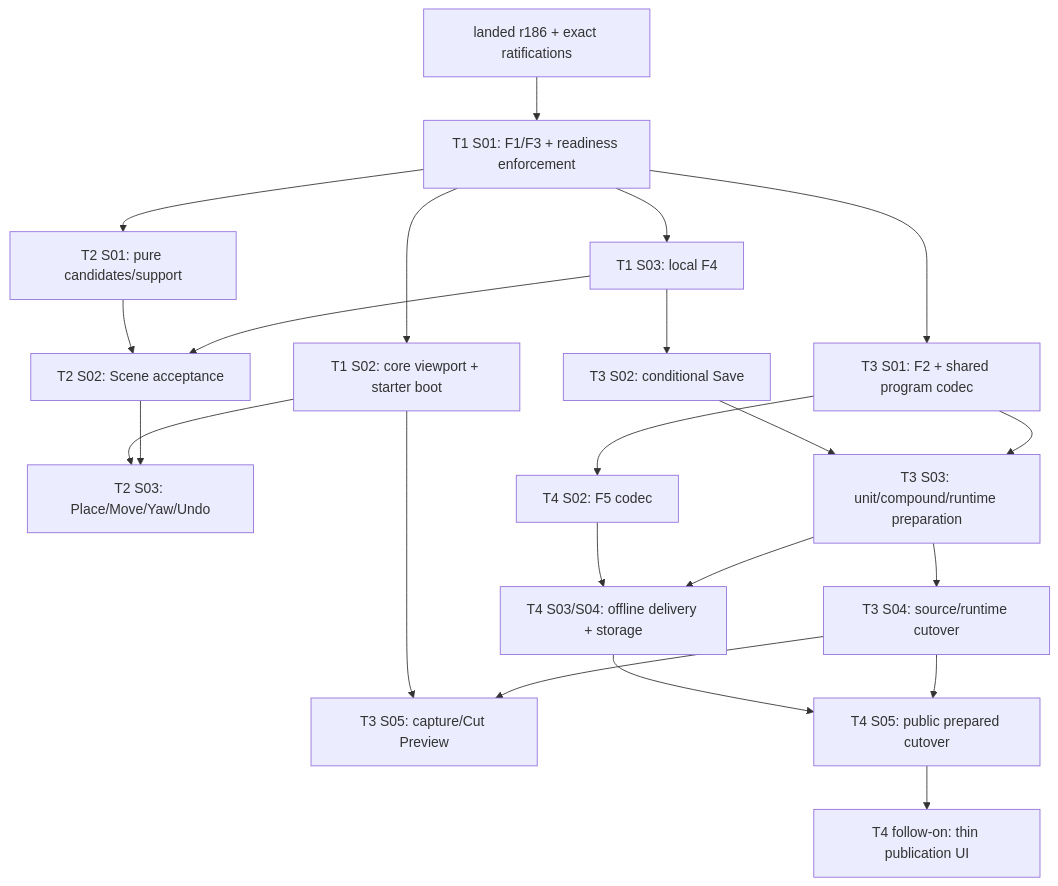
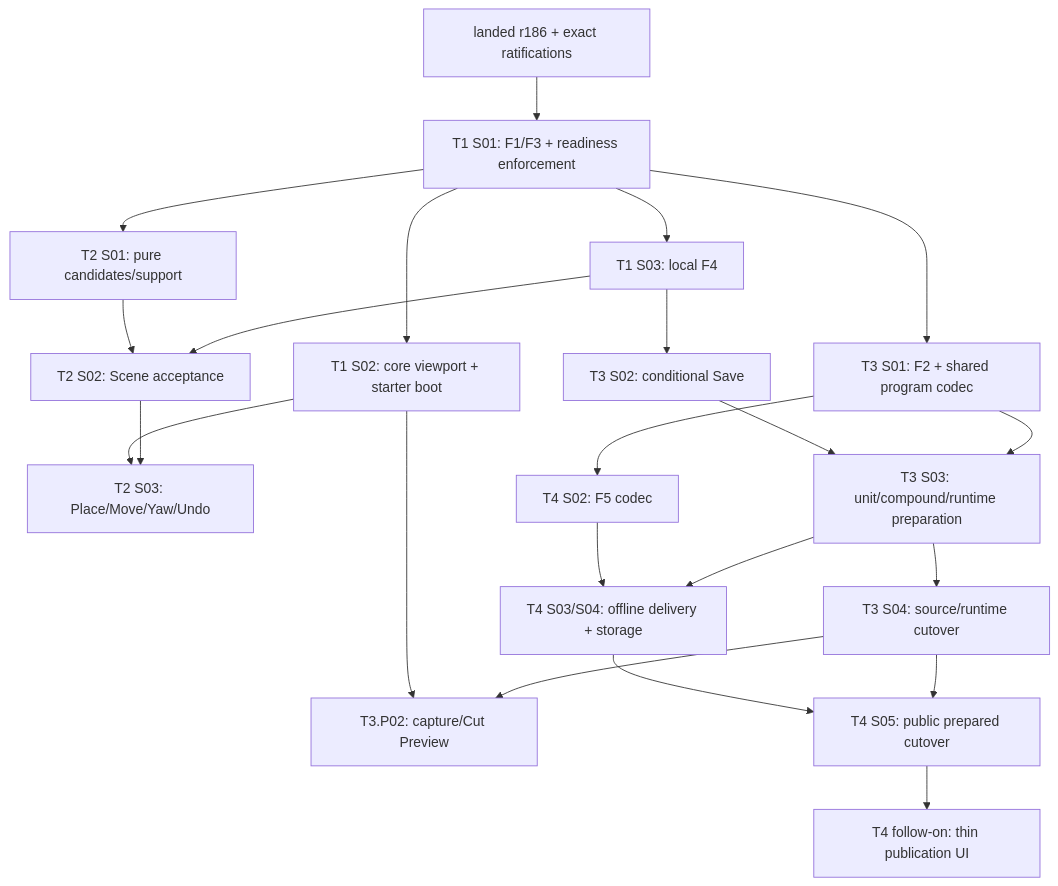
The diagram in docs/roadmap/cross-track-execution.md (Biskiq/spatial-sketch-editor), drawn with Mermaid before and after one commit. The commit also changed other lines of this file and 38 other files, not shown here.

````diff
--- a/docs/roadmap/cross-track-execution.md
+++ b/docs/roadmap/cross-track-execution.md
@@ -187,24 +189,24 @@
 ```mermaid
 flowchart TD
   R["landed r186 + exact ratifications"] --> A["T1 S01: F1/F3 + readiness enforcement"]
   A --> V["T1 S02: core viewport + starter boot"]
   A --> L["T1 S03: local F4"]
   A --> U["T3 S01: F2 + shared program codec"]
   A --> O["T2 S01: pure candidates/support"]
   L --> S["T3 S02: conditional Save"]
   L --> C["T2 S02: Scene acceptance"]
   O --> C
   C --> UI["T2 S03: Place/Move/Yaw/Undo"]
   V --> UI
   U --> X["T3 S03: unit/compound/runtime preparation"]
   S --> X
   U --> F["T4 S02: F5 codec"]
   X --> CUT["T3 S04: source/runtime cutover"]
   X --> OFF["T4 S03/S04: offline delivery + storage"]
   F --> OFF
-  CUT --> PRE["T3 S05: capture/Cut Preview"]
+  CUT --> PRE["T3.P02: capture/Cut Preview"]
   V --> PRE
   CUT --> PUB["T4 S05: public prepared cutover"]
   OFF --> PUB
   PUB --> UX["T4 follow-on: thin publication UI"]
 ```
````
